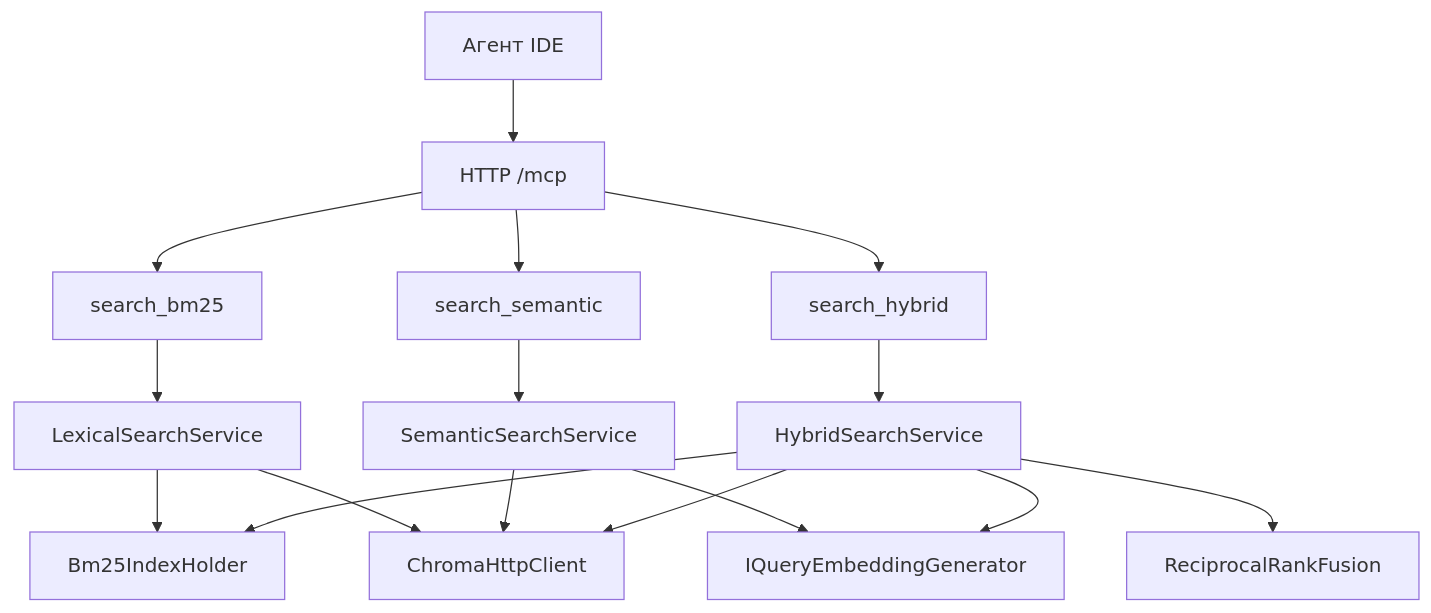
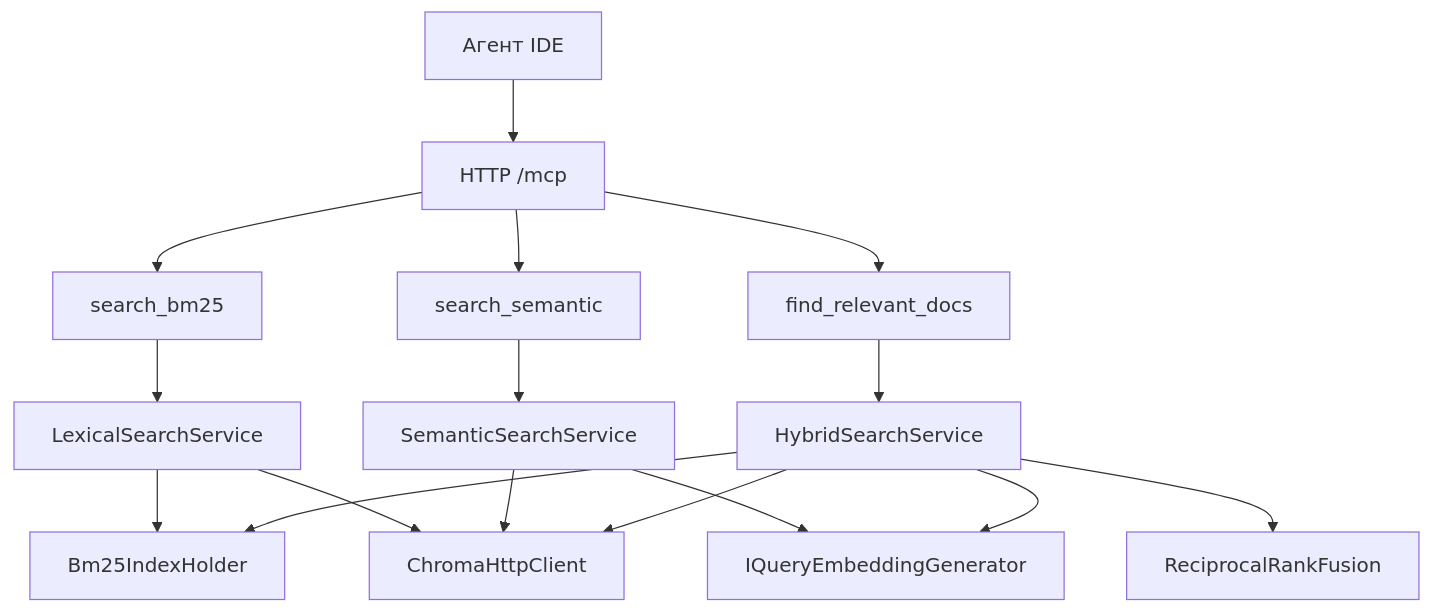
Before and after one commit to luna-pulse/MCP.RAG.StarTrek: the second of 2 diagrams in ARCHITECTURE.md, drawn with Mermaid. The commit also changed other lines of this file and 7 other files, not shown here.

First line of the commit message:
Rename the hybrid MCP tool to find_relevant_docs and its count argument to top_k.

````diff
--- a/ARCHITECTURE.md
+++ b/ARCHITECTURE.md
@@ -137,18 +137,18 @@
 ```mermaid
 flowchart TB
   client[Агент IDE] --> http["HTTP /mcp"]
   http --> bm25tool[search_bm25]
   http --> semtool[search_semantic]
-  http --> hybtool[search_hybrid]
+  http --> hybtool[find_relevant_docs]
   bm25tool --> lexical[LexicalSearchService]
   semtool --> semantic[SemanticSearchService]
   hybtool --> hybrid[HybridSearchService]
   lexical --> corpus[Bm25IndexHolder]
   lexical --> chroma[ChromaHttpClient]
   semantic --> embedder[IQueryEmbeddingGenerator]
   semantic --> chroma
   hybrid --> corpus
   hybrid --> embedder
   hybrid --> chroma
   hybrid --> rrf[ReciprocalRankFusion]
 ```
````
